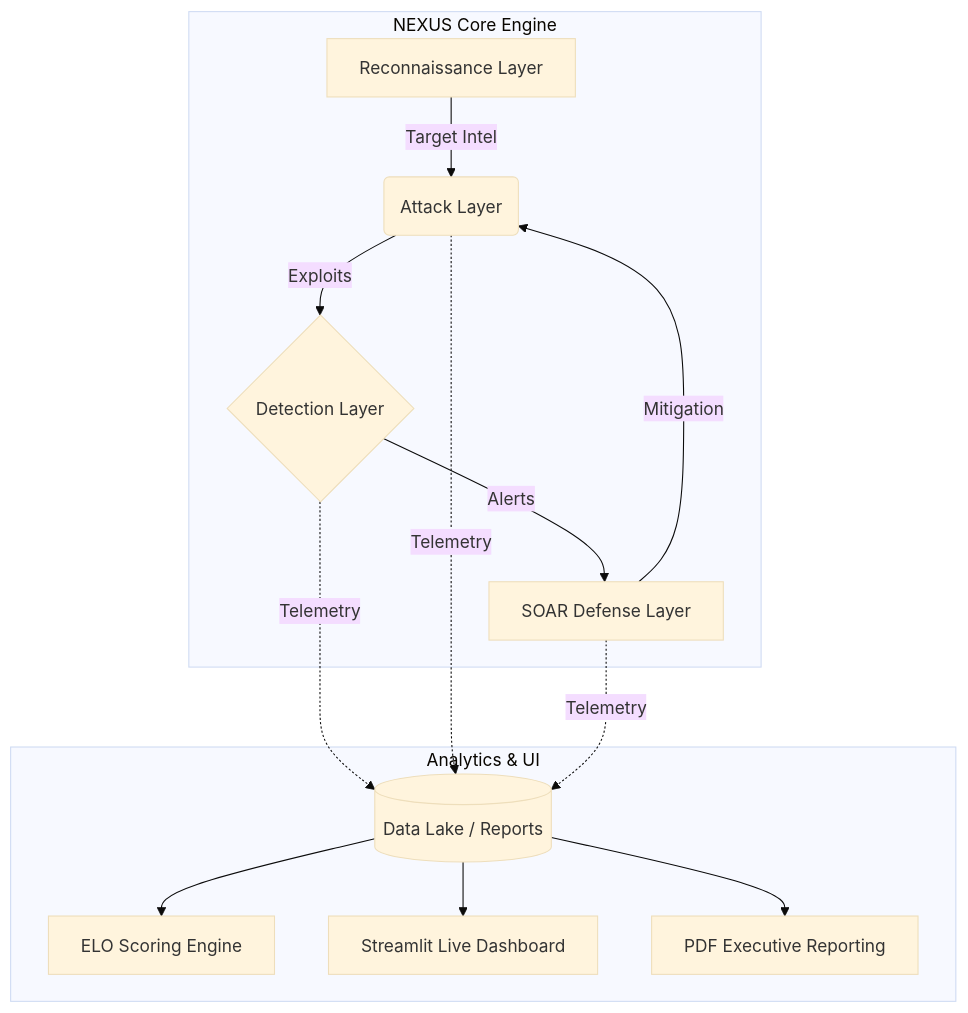
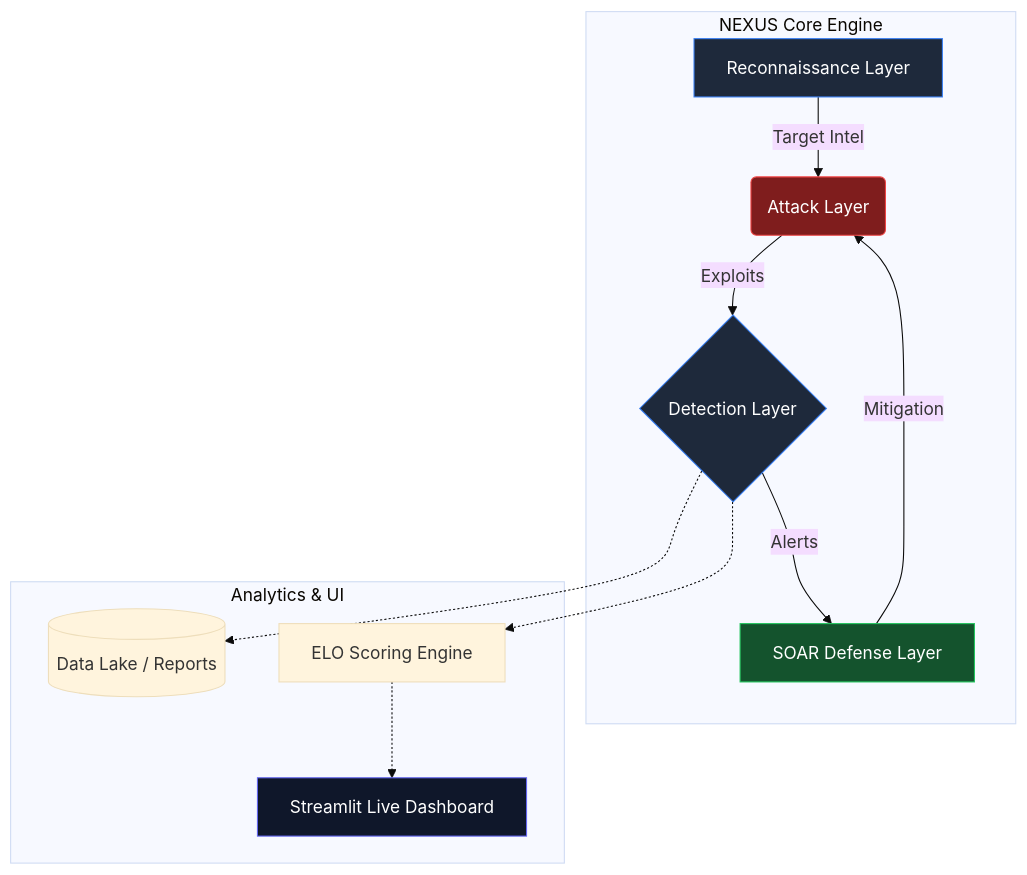
One commit to vamsimuddada/NEXUS changed the diagram in README.md. Above: the diagram before and after it, drawn with Mermaid (base theme). The commit also changed other lines of this file, not shown here.

````diff
--- a/README.md
+++ b/README.md
@@ -38,24 +43,25 @@
 ```mermaid
 graph TD;
     subgraph "NEXUS Core Engine"
         A[Reconnaissance Layer] -->|Target Intel| B(Attack Layer)
         B -->|Exploits| C{Detection Layer}
         C -->|Alerts| D[SOAR Defense Layer]
         D -->|Mitigation| B
     end
     
     subgraph "Analytics & UI"
         E[(Data Lake / Reports)]
         F[ELO Scoring Engine]
         G[Streamlit Live Dashboard]
-        H[PDF Executive Reporting]
+        
+        C -.-> E
+        C -.-> F
+        F -.-> G
     end
-
-    C -.->|Telemetry| E
-    B -.->|Telemetry| E
-    D -.->|Telemetry| E
     
-    E --> F
-    E --> G
-    E --> H
+    style A fill:#1e293b,stroke:#3b82f6,color:#fff
+    style B fill:#7f1d1d,stroke:#ef4444,color:#fff
+    style C fill:#1e293b,stroke:#3b82f6,color:#fff
+    style D fill:#14532d,stroke:#22c55e,color:#fff
+    style G fill:#0f172a,stroke:#6366f1,color:#fff
 ```
````
